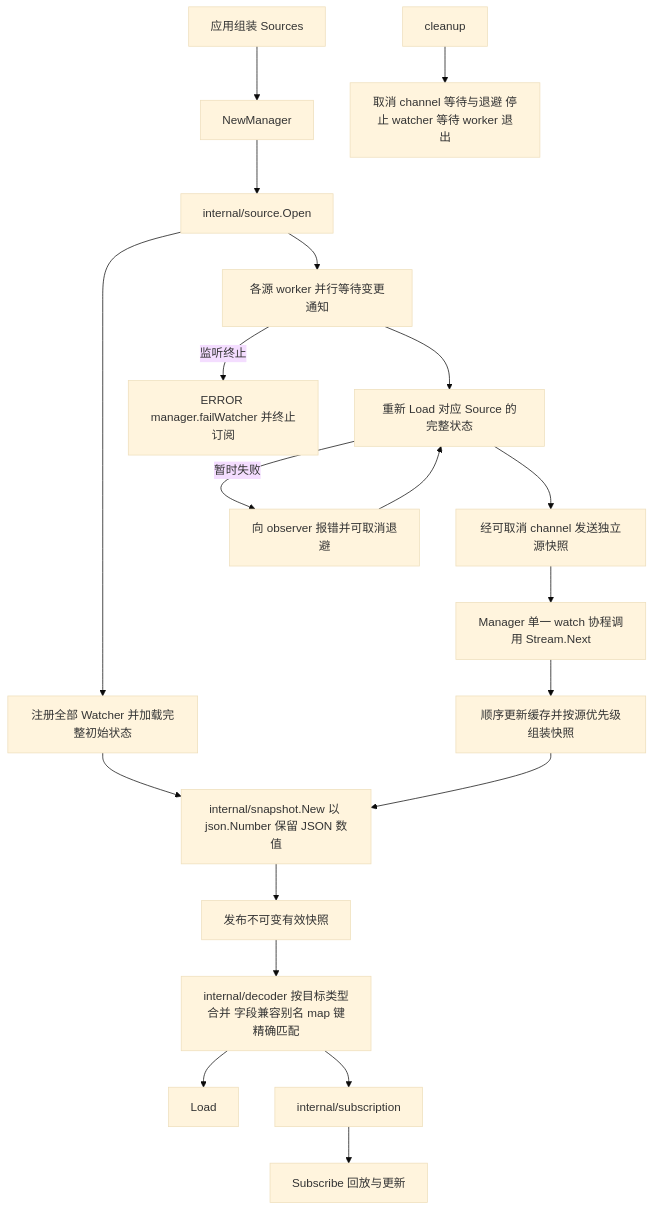
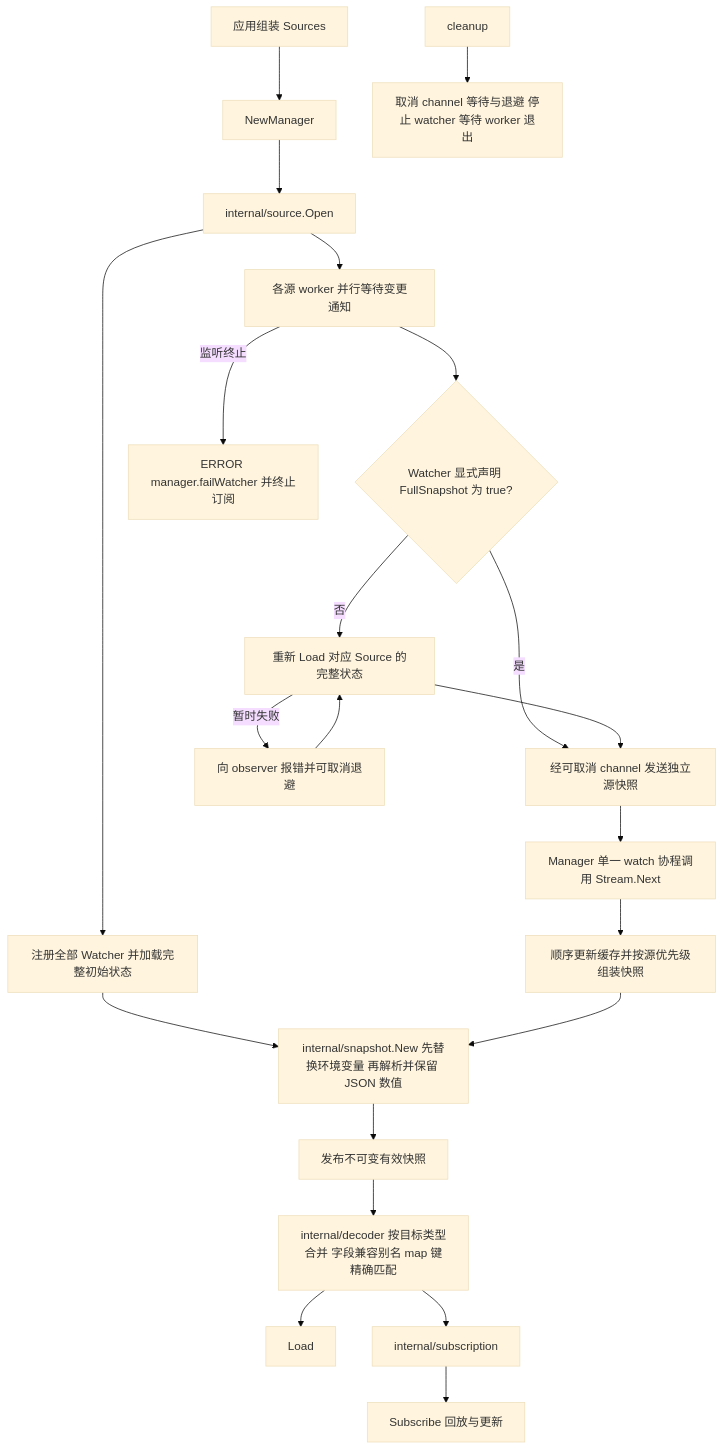
Before and after one commit to jaggerzhuang1994/kratos-foundation: the second of 4 diagrams in pkg/config/README.md, drawn with Mermaid (base theme). The commit also changed other lines of this file and 104 other files, not shown here.

````diff
--- a/pkg/config/README.md
+++ b/pkg/config/README.md
@@ -64,22 +69,24 @@
 ```mermaid
 flowchart TD
     A[应用组装 Sources] --> B[NewManager]
     B --> C[internal/source.Open]
     C --> D[注册全部 Watcher 并加载完整初始状态]
-    D --> E[internal/snapshot.New 以 json.Number 保留 JSON 数值]
+    D --> E[internal/snapshot.New 先替换环境变量 再解析并保留 JSON 数值]
     E --> F[发布不可变有效快照]
     F --> G[internal/decoder 按目标类型合并 字段兼容别名 map 键精确匹配]
     G --> H[Load]
     G --> I[internal/subscription]
     I --> J[Subscribe 回放与更新]
     C --> K[各源 worker 并行等待变更通知]
-    K --> L[重新 Load 对应 Source 的完整状态]
+    K --> V{Watcher 显式声明 FullSnapshot 为 true?}
+    V -- 否 --> L[重新 Load 对应 Source 的完整状态]
+    V -- 是 --> M
     L --> M[经可取消 channel 发送独立源快照]
     M --> N[Manager 单一 watch 协程调用 Stream.Next]
     N --> O[顺序更新缓存并按源优先级组装快照]
     O --> E
     L -->|暂时失败| P[向 observer 报错并可取消退避]
     P --> L
     K -->|监听终止| Q[ERROR manager.failWatcher 并终止订阅]
     R[cleanup] --> S[取消 channel 等待与退避 停止 watcher 等待 worker 退出]
 ```
````
